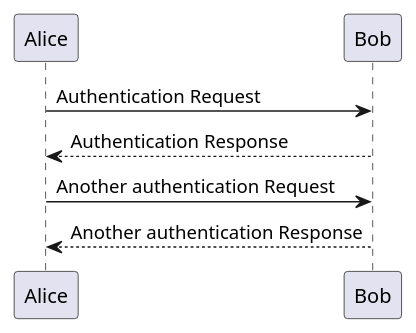
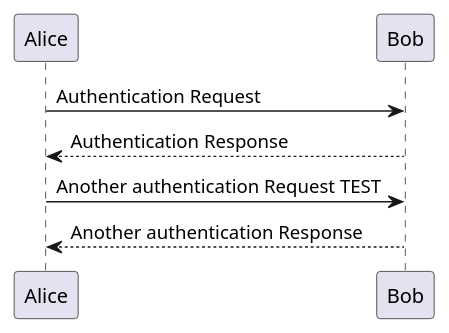
One commit to jotautomation/G5-Test-Sequencer-Docs changed the diagram in pumls/G5_test-squencer_sequence.puml. Above: the diagram before and after it, drawn with PlantUML.

Commit message:
Test that picture updates on readme page

```diff
--- a/pumls/G5_test-squencer_sequence.puml
+++ b/pumls/G5_test-squencer_sequence.puml
@@ -1,7 +1,7 @@
 @startuml
 Alice -> Bob: Authentication Request
 Bob --> Alice: Authentication Response
 
-Alice -> Bob: Another authentication Request
+Alice -> Bob: Another authentication Request TEST
 Alice <-- Bob: Another authentication Response
 @enduml
```
